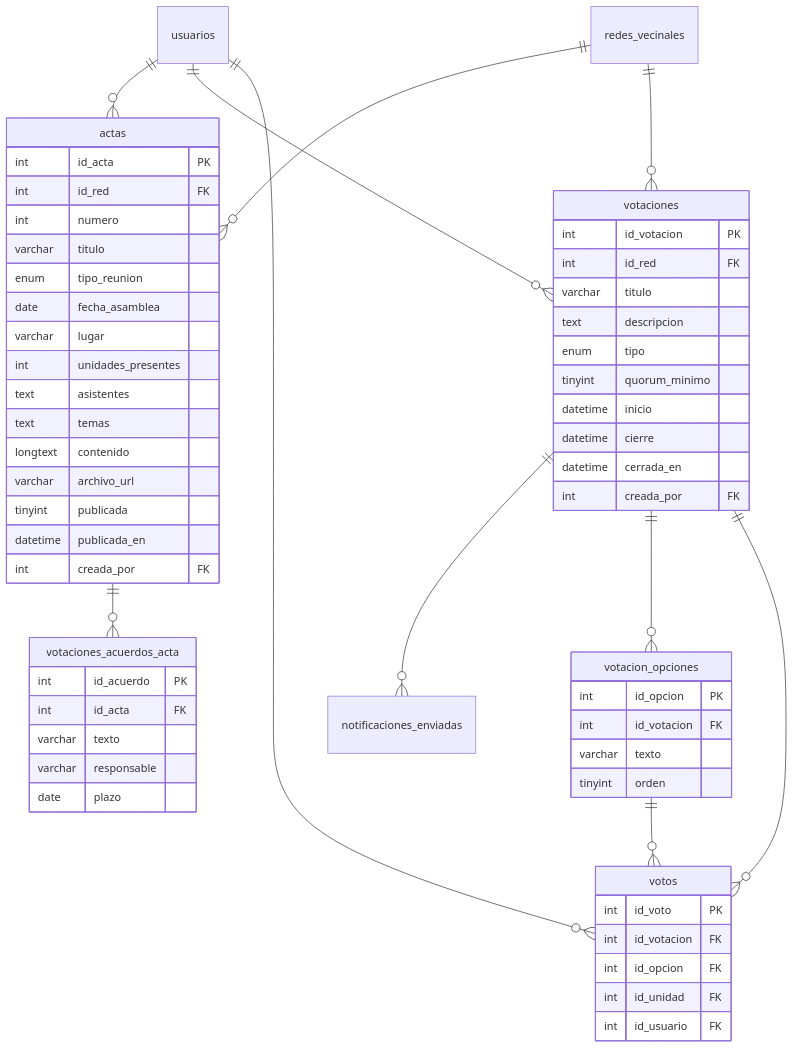
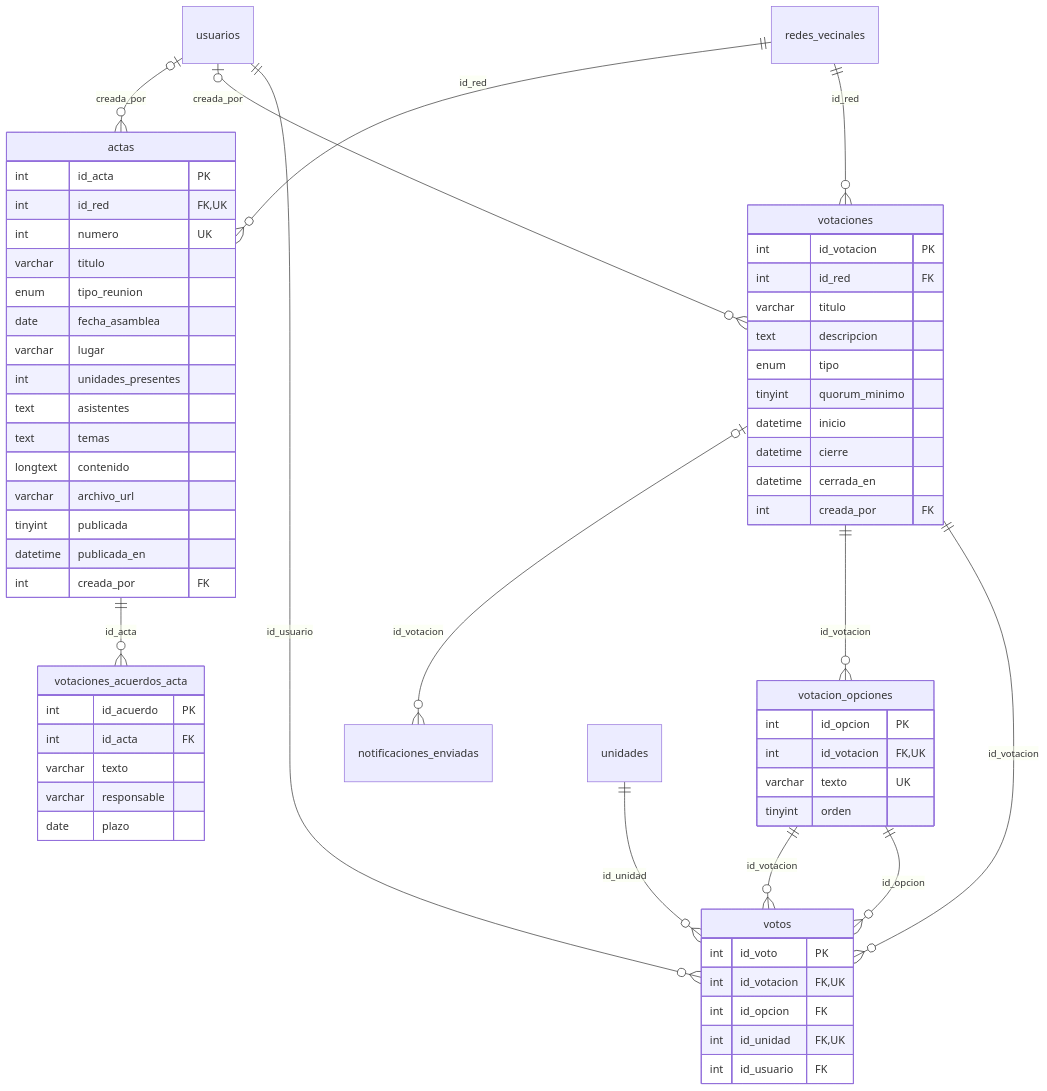
Before and after one commit to JonasMateosValenzuelaLopez/ProyectoTesis: the fifth of 7 diagrams in FASE-2/Evidencias-Proyecto/Documentación/07-modelo-datos.md, drawn with Mermaid. The commit also changed other lines of this file and 26 other files, not shown here.

````diff
--- a/FASE-2/Evidencias-Proyecto/Documentación/07-modelo-datos.md
+++ b/FASE-2/Evidencias-Proyecto/Documentación/07-modelo-datos.md
@@ -366,62 +504,64 @@
 ```mermaid
 erDiagram
-    usuarios ||--o{ actas : ""
-    redes_vecinales ||--o{ actas : ""
-    votaciones ||--o{ notificaciones_enviadas : ""
-    usuarios ||--o{ votaciones : ""
-    redes_vecinales ||--o{ votaciones : ""
-    actas ||--o{ votaciones_acuerdos_acta : ""
-    votaciones ||--o{ votacion_opciones : ""
-    votaciones ||--o{ votos : ""
-    votacion_opciones ||--o{ votos : ""
-    usuarios ||--o{ votos : ""
+    usuarios |o--o{ actas : "creada_por"
+    redes_vecinales ||--o{ actas : "id_red"
+    votaciones |o--o{ notificaciones_enviadas : "id_votacion"
+    usuarios |o--o{ votaciones : "creada_por"
+    redes_vecinales ||--o{ votaciones : "id_red"
+    actas ||--o{ votaciones_acuerdos_acta : "id_acta"
+    votaciones ||--o{ votacion_opciones : "id_votacion"
+    votacion_opciones ||--o{ votos : "id_votacion"
+    votacion_opciones ||--o{ votos : "id_opcion"
+    unidades ||--o{ votos : "id_unidad"
+    usuarios ||--o{ votos : "id_usuario"
+    votaciones ||--o{ votos : "id_votacion"
     actas {
         int id_acta PK
-        int id_red FK
-        int numero
+        int id_red FK, UK
+        int numero UK
         varchar titulo
         enum tipo_reunion
         date fecha_asamblea
         varchar lugar
         int unidades_presentes
         text asistentes
         text temas
         longtext contenido
         varchar archivo_url
         tinyint publicada
         datetime publicada_en
         int creada_por FK
     }
     votaciones_acuerdos_acta {
         int id_acuerdo PK
         int id_acta FK
         varchar texto
         varchar responsable
         date plazo
     }
     votaciones {
         int id_votacion PK
         int id_red FK
         varchar titulo
         text descripcion
         enum tipo
         tinyint quorum_minimo
         datetime inicio
         datetime cierre
         datetime cerrada_en
         int creada_por FK
     }
     votacion_opciones {
         int id_opcion PK
-        int id_votacion FK
-        varchar texto
+        int id_votacion FK, UK
+        varchar texto UK
         tinyint orden
     }
     votos {
         int id_voto PK
-        int id_votacion FK
+        int id_votacion FK, UK
         int id_opcion FK
-        int id_unidad FK
+        int id_unidad FK, UK
         int id_usuario FK
     }
 ```
````
